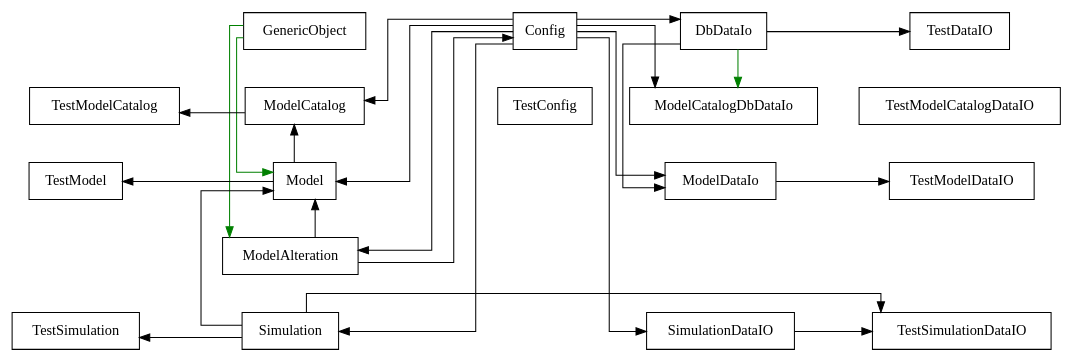
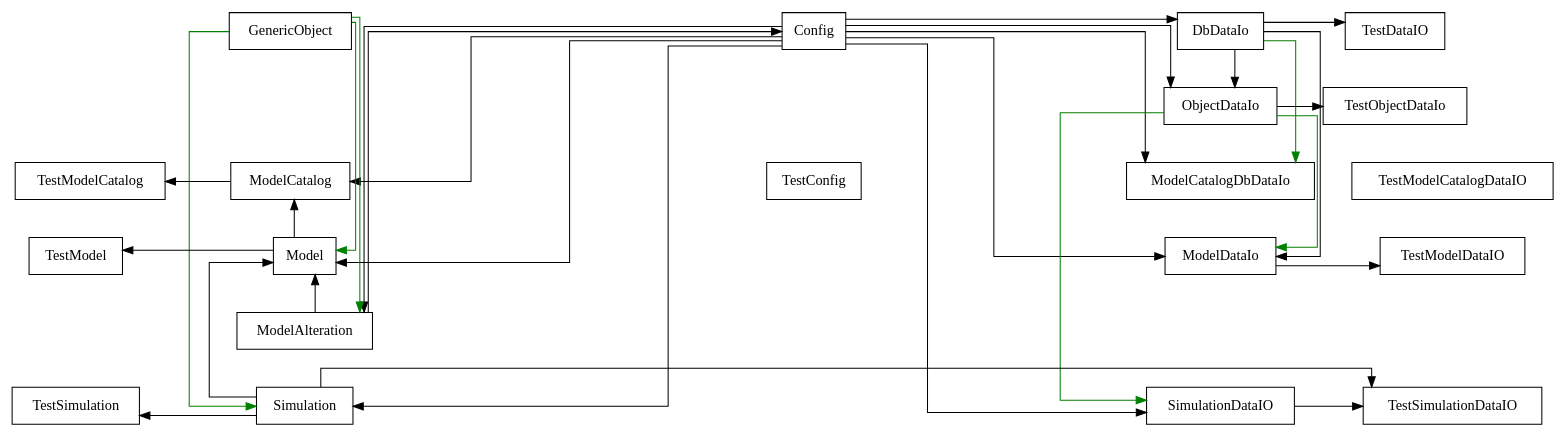
Before and after one commit to PDXBES/ModelCatalog: the diagram in docs/Class_Diagram_Tool/names_only_finalModel_Catalog.dot, drawn with Graphviz. The commit also changed 57 other files, not shown here.

```diff
--- a/docs/Class_Diagram_Tool/names_only_finalModel_Catalog.dot
+++ b/docs/Class_Diagram_Tool/names_only_finalModel_Catalog.dot
@@ -1,63 +1,74 @@
 digraph "classes" {
 charset="utf-8"
 nodesep=0.5;
 rankdir="TB";
 edge [ constraint=False ];
 splines="ortho";
 "Config"[label= "Config" , shape="record"];
 "DbDataIo"[label= "DbDataIo" , shape="record"];
 "GenericObject"[label= "GenericObject" , shape="record"];
 "Model"[label= "Model" , shape="record"];
 "ModelAlteration"[label= "ModelAlteration" , shape="record"];
 "ModelCatalog"[label= "ModelCatalog" , shape="record"];
 "ModelCatalogDbDataIo"[label= "ModelCatalogDbDataIo" , shape="record"];
 "ModelDataIo"[label= "ModelDataIo" , shape="record"];
+"ObjectDataIo"[label= "ObjectDataIo" , shape="record"];
 "Simulation"[label= "Simulation" , shape="record"];
 "SimulationDataIO"[label= "SimulationDataIO" , shape="record"];
 "TestConfig"[label= "TestConfig" , shape="record"];
 "TestDataIO"[label= "TestDataIO" , shape="record"];
 "TestModel"[label= "TestModel" , shape="record"];
 "TestModelCatalog"[label= "TestModelCatalog" , shape="record"];
 "TestModelCatalogDataIO"[label= "TestModelCatalogDataIO" , shape="record"];
 "TestModelDataIO"[label= "TestModelDataIO" , shape="record"];
+"TestObjectDataIo"[label= "TestObjectDataIo" , shape="record"];
 "TestSimulation"[label= "TestSimulation" , shape="record"];
 "TestSimulationDataIO"[label= "TestSimulationDataIO" , shape="record"];
 
 "_d0" [label="_d0", shape="record" style=invis];
+"_d1" [label="_d1", shape="record" style=invis];
+"_d5" [label="_d5", shape="record" style=invis];
 "_d2" [label="_d2", shape="record" style=invis];
-"_d1" [label="_d1", shape="record" style=invis];
 "_d3" [label="_d3", shape="record" style=invis];
+"_d4" [label="_d4", shape="record" style=invis];
 "_d6" [label="_d6", shape="record" style=invis];
-"_d4" [label="_d4", shape="record" style=invis];
-"_d5" [label="_d5", shape="record" style=invis];
+"_d9" [label="_d9", shape="record" style=invis];
+"_d7" [label="_d7", shape="record" style=invis];
+"_d8" [label="_d8", shape="record" style=invis];
 
-{rank= tb "_d0"->"TestModelCatalog"->"TestModel"->"_d2"->"TestSimulation" [constraint=true style=invis]};
-{rank= tb "GenericObject"->"ModelCatalog"->"Model"->"ModelAlteration"->"Simulation" [constraint=true style=invis]};
-{rank= tb "Config"->"TestConfig"->"_d1"->"_d3"->"_d6" [constraint=true style=invis]};
-{rank= tb "DbDataIo"->"ModelCatalogDbDataIo"->"ModelDataIo"->"_d4"->"SimulationDataIO" [constraint=true style=invis]};
-{rank= tb "TestDataIO"->"TestModelCatalogDataIO"->"TestModelDataIO"->"_d5"->"TestSimulationDataIO" [constraint=true style=invis]};
-{rank= same TestModelCatalog->ModelCatalog->TestConfig->ModelCatalogDbDataIo->TestModelCatalogDataIO [constraint=True style=invis]};
+{rank= tb "_d0"->"_d1"->"TestModelCatalog"->"TestModel"->"_d5"->"TestSimulation" [constraint=true style=invis]};
+{rank= tb "GenericObject"->"_d2"->"ModelCatalog"->"Model"->"ModelAlteration"->"Simulation" [constraint=true style=invis]};
+{rank= tb "Config"->"_d3"->"TestConfig"->"_d4"->"_d6"->"_d9" [constraint=true style=invis]};
+{rank= tb "DbDataIo"->"ObjectDataIo"->"ModelCatalogDbDataIo"->"ModelDataIo"->"_d7"->"SimulationDataIO" [constraint=true style=invis]};
+{rank= tb "TestDataIO"->"TestObjectDataIo"->"TestModelCatalogDataIO"->"TestModelDataIO"->"_d8"->"TestSimulationDataIO" [constraint=true style=invis]};
+{rank= same _d1->_d2->_d3->ObjectDataIo->TestObjectDataIo [constraint=True style=invis]};
 "ModelAlteration"->"Config";
 "Config"->"DbDataIo";
 "DbDataIo"->"TestDataIO";
+"Config"->"ObjectDataIo";
+"DbDataIo"->"ObjectDataIo";
+"ObjectDataIo"->"TestObjectDataIo";
 "ModelCatalog"->"TestModelCatalog";
 "Config"->"ModelCatalog";
 "Model"->"ModelCatalog";
 "Config"->"ModelCatalogDbDataIo";
 "Model"->"TestModel";
 "Config"->"Model";
 "ModelAlteration"->"Model";
 "Simulation"->"Model";
 "Config"->"ModelDataIo";
 "DbDataIo"->"ModelDataIo";
 "ModelDataIo"->"TestModelDataIO";
 "Config"->"ModelAlteration";
 "Simulation"->"TestSimulation";
 "Config"->"Simulation";
 "Config"->"SimulationDataIO";
 "Simulation"->"TestSimulationDataIO";
 "SimulationDataIO"->"TestSimulationDataIO";
 "DbDataIo"->"ModelCatalogDbDataIo" [color="green"];
 "GenericObject"->"Model" [color="green"];
+"ObjectDataIo"->"ModelDataIo" [color="green"];
 "GenericObject"->"ModelAlteration" [color="green"];
+"GenericObject"->"Simulation" [color="green"];
+"ObjectDataIo"->"SimulationDataIO" [color="green"];
 }
```
